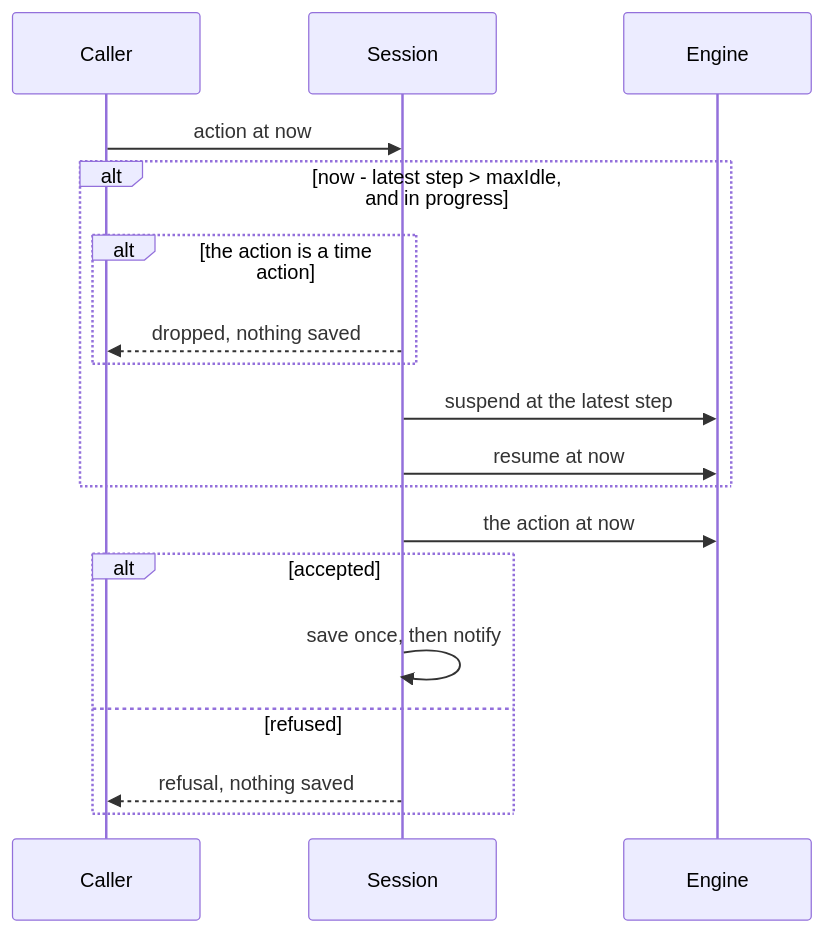
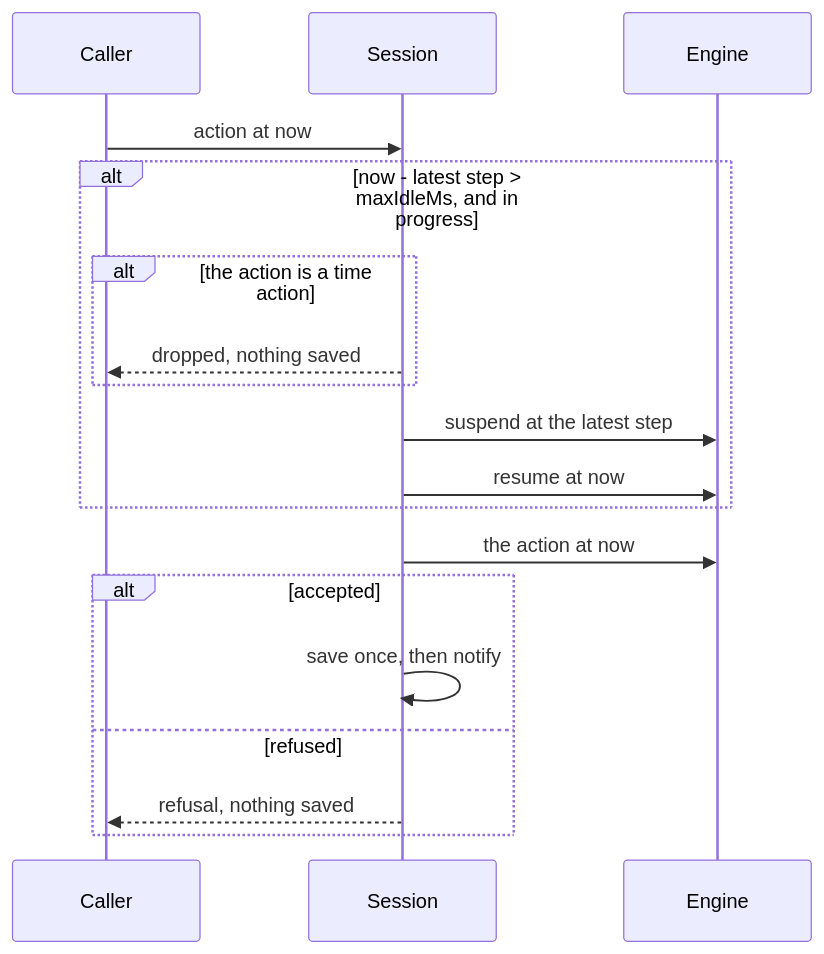
Before and after one commit to assesskit/assesskit: the second of 3 diagrams in docs/player/client.md, drawn with Mermaid. The commit also changed other lines of this file and 80 other files, not shown here.

First line of the commit message:
Name the 9 player functions by one verb, call the options of a waiting call CallOptions, and give maxIdle its unit

````diff
--- a/docs/player/client.md
+++ b/docs/player/client.md
@@ -161,20 +161,20 @@
 ```mermaid
 sequenceDiagram
   participant C as Caller
   participant S as Session
   participant E as Engine
   C->>S: action at now
-  alt now - latest step > maxIdle, and in progress
+  alt now - latest step > maxIdleMs, and in progress
     alt the action is a time action
       S-->>C: dropped, nothing saved
     end
     S->>E: suspend at the latest step
     S->>E: resume at now
   end
   S->>E: the action at now
   alt accepted
     S->>S: save once, then notify
   else refused
     S-->>C: refusal, nothing saved
   end
 ```
````
